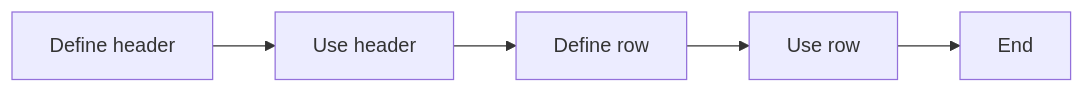
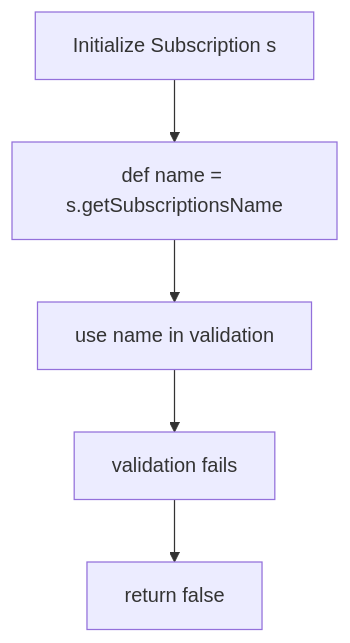
Diagram 11 of 20 in TESTING.md (HashirOwais/NextPay-Subscription_Simplifed), drawn with Mermaid before and after one commit. The commit also changed other lines of this file, not shown here.

````diff
--- a/TESTING.md
+++ b/TESTING.md
@@ -253,5 +281,8 @@
 ```mermaid
-graph LR
-  A[Define header] --> B[Use header]
-  B --> C[Define row] --> D[Use row] --> E[End]
+flowchart TD
+  A[Initialize Subscription s]
+  A --> B[def name = s.getSubscriptionsName]
+  B --> C[use name in validation]
+  C --> D[validation fails]
+  D --> E[return false]
 ```
````
